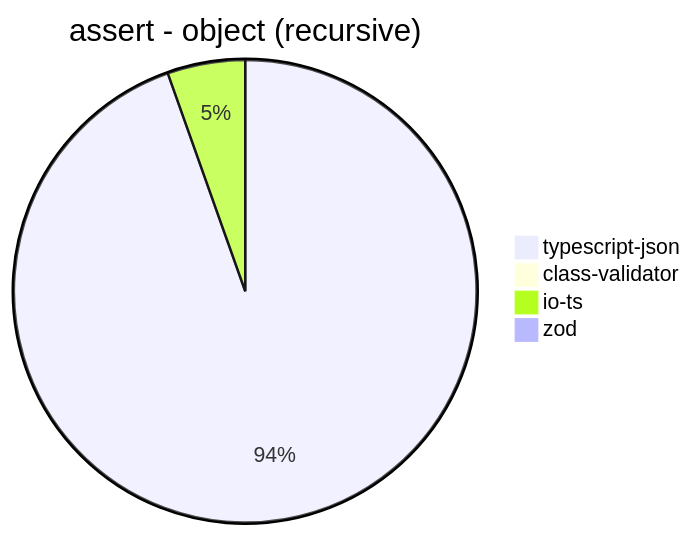
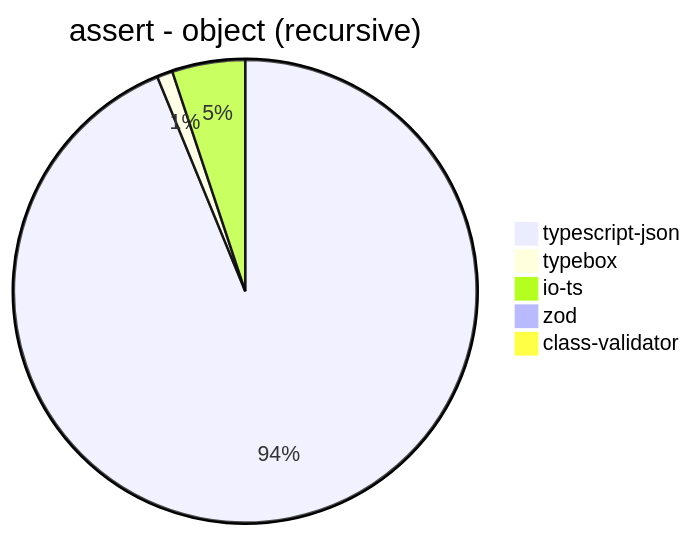
The tenth of 39 diagrams in benchmark/results/AMD Ryzen 9 5900HX with Radeon Graphics.md (samchon/typia), drawn with Mermaid before and after one commit. The commit also changed other lines of this file and 7 other files, not shown here.

````diff
--- a/benchmark/results/AMD Ryzen 9 5900HX with Radeon Graphics.md
+++ b/benchmark/results/AMD Ryzen 9 5900HX with Radeon Graphics.md
@@ -127,7 +136,8 @@
 ```mermaid
 pie title assert - object (recursive)
-  "typescript-json": 35776.80402759649
-  "class-validator": 45.84261321455085
-  "io-ts": 2056.0296846011133
-  "zod": 76.89491028927134
+  "typescript-json": 34663.83363471971
+  "typebox": 404.74924685451003
+  "io-ts": 1885.1570964247019
+  "zod": 72.36019296051455
+  "class-validator": 43.69992716678806
 ```
````
